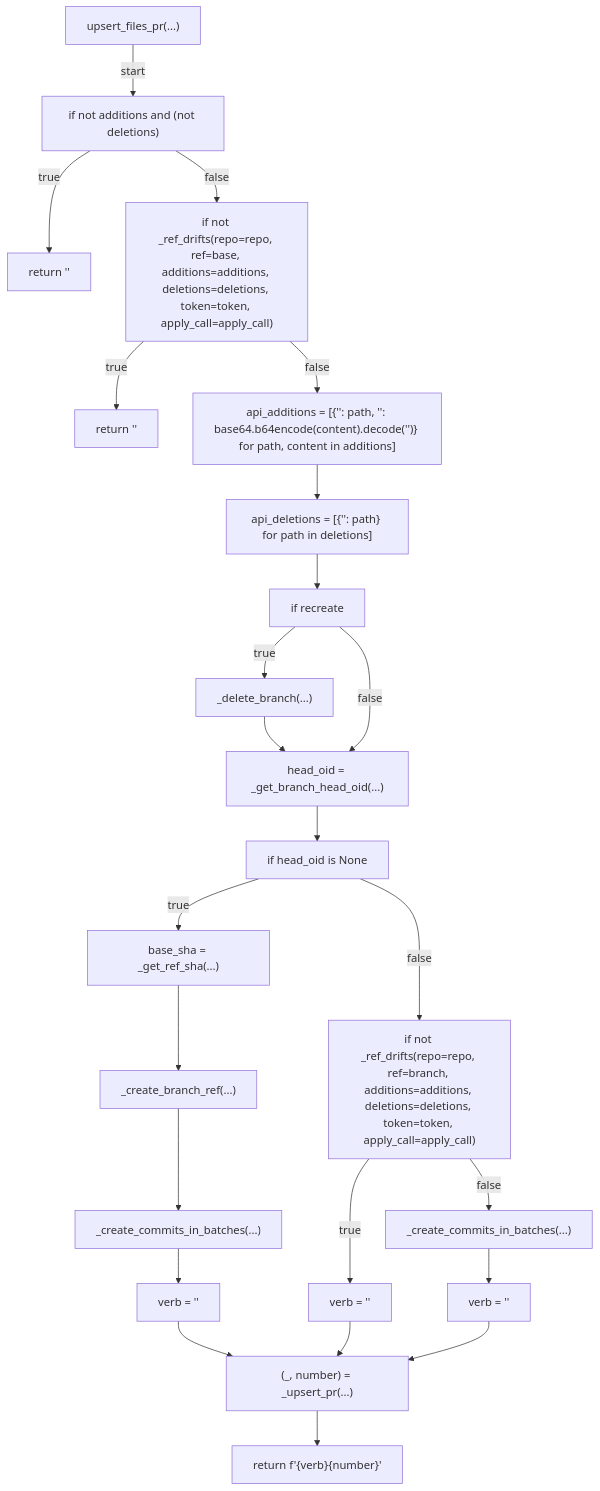
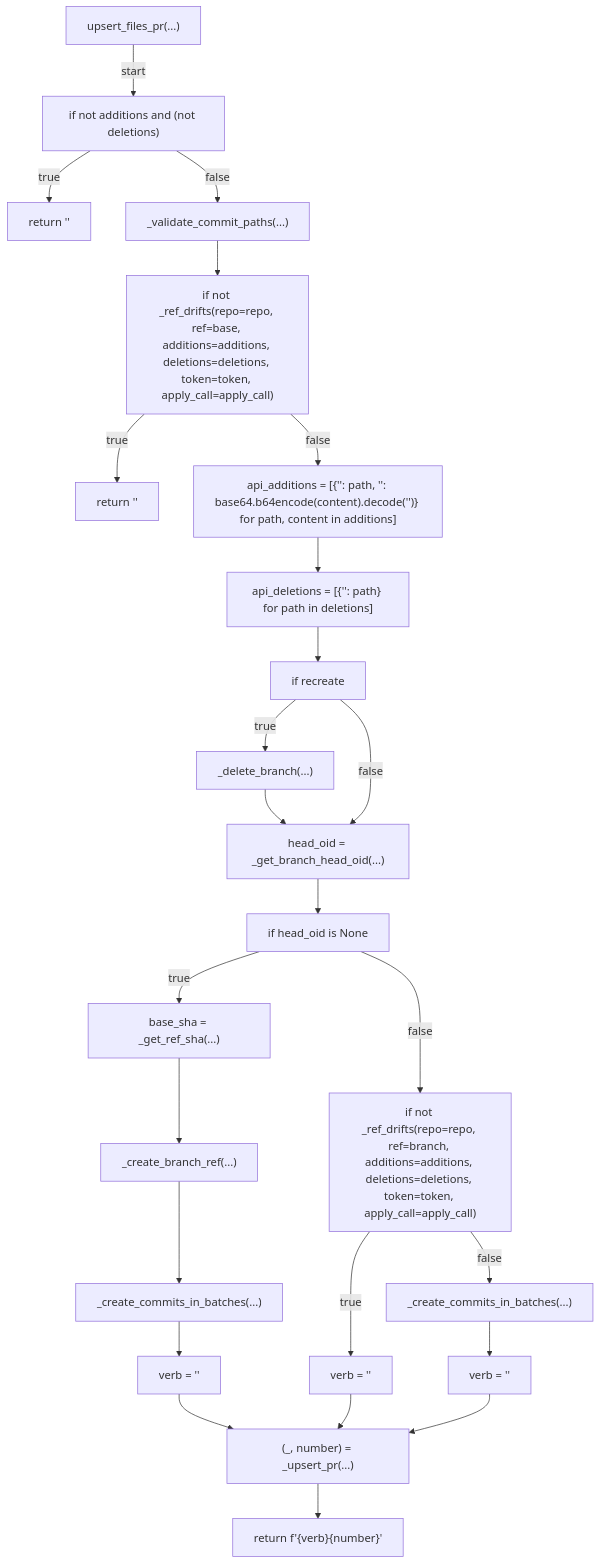
One commit to tvna/claude-md changed the ninth of 23 diagrams in docs/generated/scripts/ast/pr_upsert.md. Above: the diagram before and after it, drawn with Mermaid. The commit also changed 1 other file, not shown here.

Commit message:
docs(generated): regenerate decision tree and workflow diagrams
Refs #960

````diff
--- a/docs/generated/scripts/ast/pr_upsert.md
+++ b/docs/generated/scripts/ast/pr_upsert.md
@@ -237,47 +237,49 @@
 ```mermaid
 flowchart TD
     N001["upsert_files_pr(...)"]
     N002["if not additions and (not deletions)"]
     N003["return '<str>'"]
-    N004["if not _ref_drifts(repo=repo, ref=base, additions=additions, deletions=deletions, token=token, apply_call=apply_call)"]
-    N005["return '<str>'"]
-    N006["api_additions = [{'<str>': path, '<str>': base64.b64encode(content).decode('<str>')} for path, content in additions]"]
-    N007["api_deletions = [{'<str>': path} for path in deletions]"]
-    N008["if recreate"]
-    N009["_delete_branch(...)"]
-    N010["head_oid = _get_branch_head_oid(...)"]
-    N011["if head_oid is None"]
-    N012["base_sha = _get_ref_sha(...)"]
-    N013["_create_branch_ref(...)"]
-    N014["_create_commits_in_batches(...)"]
-    N015["verb = '<str>'"]
-    N016["if not _ref_drifts(repo=repo, ref=branch, additions=additions, deletions=deletions, token=token, apply_call=apply_call)"]
-    N017["verb = '<str>'"]
-    N018["_create_commits_in_batches(...)"]
-    N019["verb = '<str>'"]
-    N020["(_, number) = _upsert_pr(...)"]
-    N021["return f'{verb}<str>{number}'"]
+    N004["_validate_commit_paths(...)"]
+    N005["if not _ref_drifts(repo=repo, ref=base, additions=additions, deletions=deletions, token=token, apply_call=apply_call)"]
+    N006["return '<str>'"]
+    N007["api_additions = [{'<str>': path, '<str>': base64.b64encode(content).decode('<str>')} for path, content in additions]"]
+    N008["api_deletions = [{'<str>': path} for path in deletions]"]
+    N009["if recreate"]
+    N010["_delete_branch(...)"]
+    N011["head_oid = _get_branch_head_oid(...)"]
+    N012["if head_oid is None"]
+    N013["base_sha = _get_ref_sha(...)"]
+    N014["_create_branch_ref(...)"]
+    N015["_create_commits_in_batches(...)"]
+    N016["verb = '<str>'"]
+    N017["if not _ref_drifts(repo=repo, ref=branch, additions=additions, deletions=deletions, token=token, apply_call=apply_call)"]
+    N018["verb = '<str>'"]
+    N019["_create_commits_in_batches(...)"]
+    N020["verb = '<str>'"]
+    N021["(_, number) = _upsert_pr(...)"]
+    N022["return f'{verb}<str>{number}'"]
     N001 -->|"start"| N002
     N002 -->|"true"| N003
     N002 -->|"false"| N004
-    N004 -->|"true"| N005
-    N004 -->|"false"| N006
-    N006 --> N007
+    N004 --> N005
+    N005 -->|"true"| N006
+    N005 -->|"false"| N007
     N007 --> N008
-    N008 -->|"true"| N009
-    N009 --> N010
-    N008 -->|"false"| N010
+    N008 --> N009
+    N009 -->|"true"| N010
     N010 --> N011
-    N011 -->|"true"| N012
-    N012 --> N013
+    N009 -->|"false"| N011
+    N011 --> N012
+    N012 -->|"true"| N013
     N013 --> N014
     N014 --> N015
-    N011 -->|"false"| N016
-    N016 -->|"true"| N017
-    N016 -->|"false"| N018
-    N018 --> N019
-    N015 --> N020
-    N017 --> N020
+    N015 --> N016
+    N012 -->|"false"| N017
+    N017 -->|"true"| N018
+    N017 -->|"false"| N019
     N019 --> N020
+    N016 --> N021
+    N018 --> N021
     N020 --> N021
+    N021 --> N022
 ```
````
